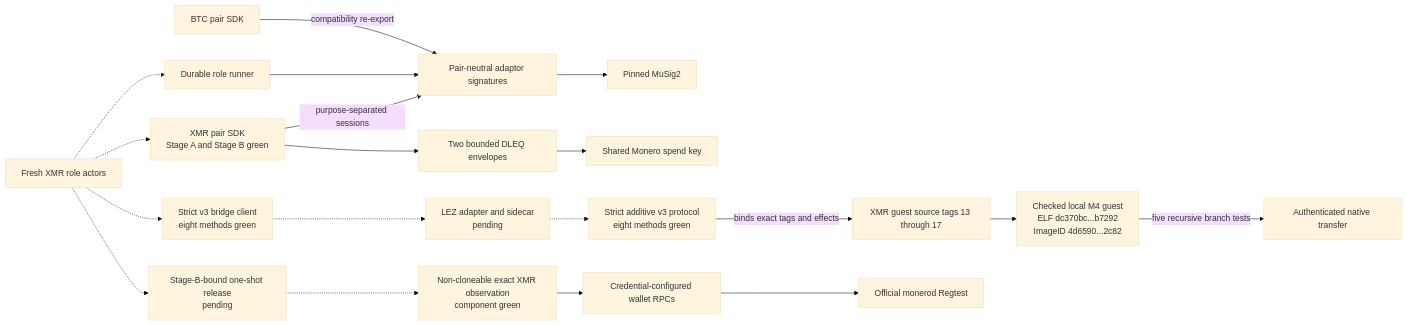
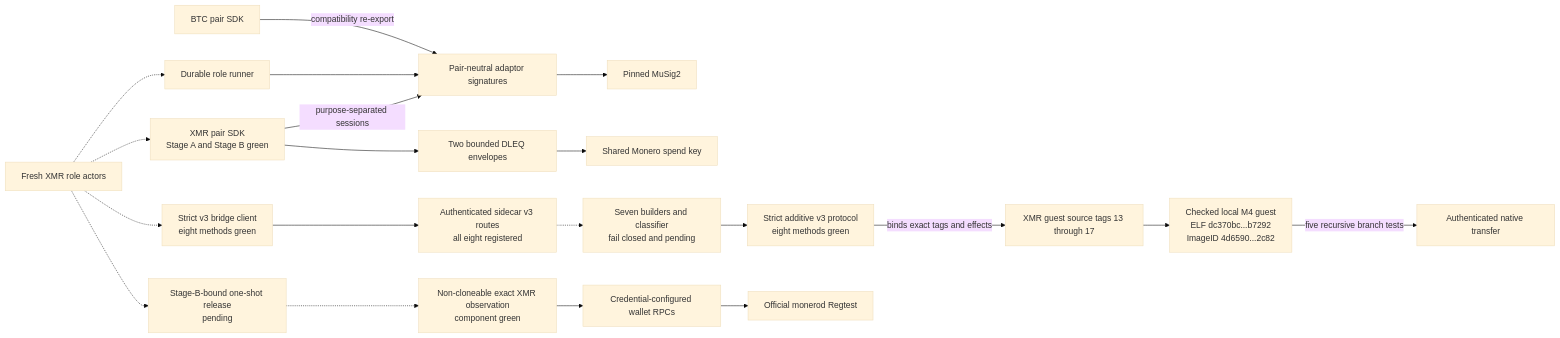
Before and after one commit to gateway-fm/lez-atomic-swaps: diagram 20 of 26 in docs/architecture/system-architecture.md, drawn with Mermaid (base theme). The commit also changed other lines of this file and 12 other files, not shown here.

Commit message:
feat(m4): expose fail-closed XMR sidecar routes

````diff
--- a/docs/architecture/system-architecture.md
+++ b/docs/architecture/system-architecture.md
@@ -2117,21 +2117,22 @@
 ```mermaid
 flowchart LR
     BtcSdk["BTC pair SDK"] -->|compatibility re-export| Adaptor["Pair-neutral adaptor signatures"]
     XmrSdk["XMR pair SDK<br/>Stage A and Stage B green"] -->|purpose-separated sessions| Adaptor
     RoleRunner["Durable role runner"] --> Adaptor
     Adaptor --> Musig["Pinned MuSig2"]
     XmrSdk --> Dleq["Two bounded DLEQ envelopes"]
     Dleq --> SharedKey["Shared Monero spend key"]
     XmrActor["Fresh XMR role actors"] -.-> RoleRunner
     XmrActor -.-> XmrSdk
     XmrActor -.-> BridgeClient["Strict v3 bridge client<br/>eight methods green"]
-    BridgeClient -.-> BridgeRuntime["LEZ adapter and sidecar<br/>pending"]
-    BridgeRuntime -.-> BridgeProtocol["Strict additive v3 protocol<br/>eight methods green"]
+    BridgeClient --> BridgeRoutes["Authenticated sidecar v3 routes<br/>all eight registered"]
+    BridgeRoutes -.-> BridgeRuntime["Seven builders and classifier<br/>fail closed and pending"]
+    BridgeRuntime --> BridgeProtocol["Strict additive v3 protocol<br/>eight methods green"]
     BridgeProtocol -->|binds exact tags and effects| Guest["XMR guest source tags 13 through 17"]
     Guest --> CheckedArtifact["Checked local M4 guest<br/>ELF dc370bc...b7292<br/>ImageID 4d6590...2c82"]
     CheckedArtifact -->|five recursive branch tests| Transfer["Authenticated native transfer"]
     XmrActor -.-> Release["Stage-B-bound one-shot release<br/>pending"]
     Release -.-> XmrObservation["Non-cloneable exact XMR observation<br/>component green"]
     XmrObservation --> WalletRpc["Credential-configured wallet RPCs"]
     WalletRpc --> Monerod["Official monerod Regtest"]
 ```
````
